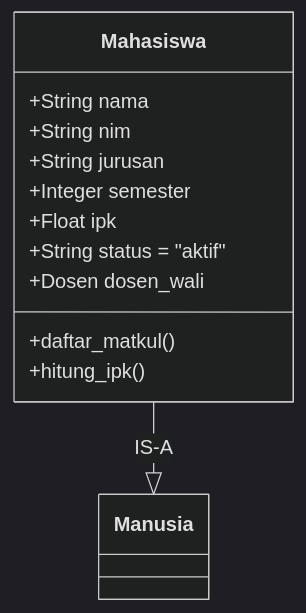
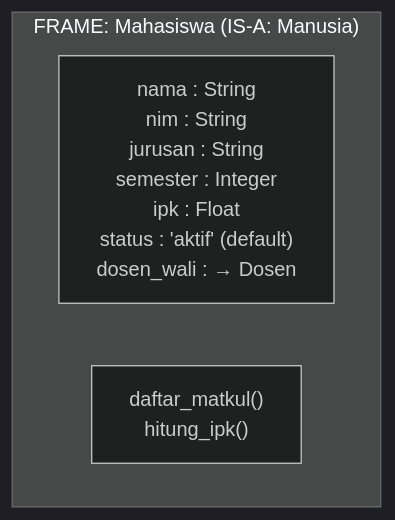
Before and after one commit to antonprafanto/dasarAI2026: the third of 6 diagrams in bab-03-representasi.md, drawn with Mermaid (dark theme).

Commit message:
style: ubah diagram Frame ke format flowchart card

````diff
--- a/bab-03-representasi.md
+++ b/bab-03-representasi.md
@@ -122,16 +122,15 @@
 ```mermaid
-classDiagram
-    class Mahasiswa {
-        +String nama
-        +String nim
-        +String jurusan
-        +Integer semester
-        +Float ipk
-        +String status = "aktif"
-        +Dosen dosen_wali
-        +daftar_matkul()
-        +hitung_ipk()
-    }
-    class Manusia
-    Mahasiswa --|> Manusia : IS-A
+graph TD
+    subgraph Frame_Mahasiswa["FRAME: Mahasiswa (IS-A: Manusia)"]
+        direction LR
+        Slots["nama : String
+        nim : String
+        jurusan : String
+        semester : Integer
+        ipk : Float
+        status : 'aktif' (default)
+        dosen_wali : → Dosen"]
+        Methods["daftar_matkul()
+        hitung_ipk()"]
+    end
 ```
````
